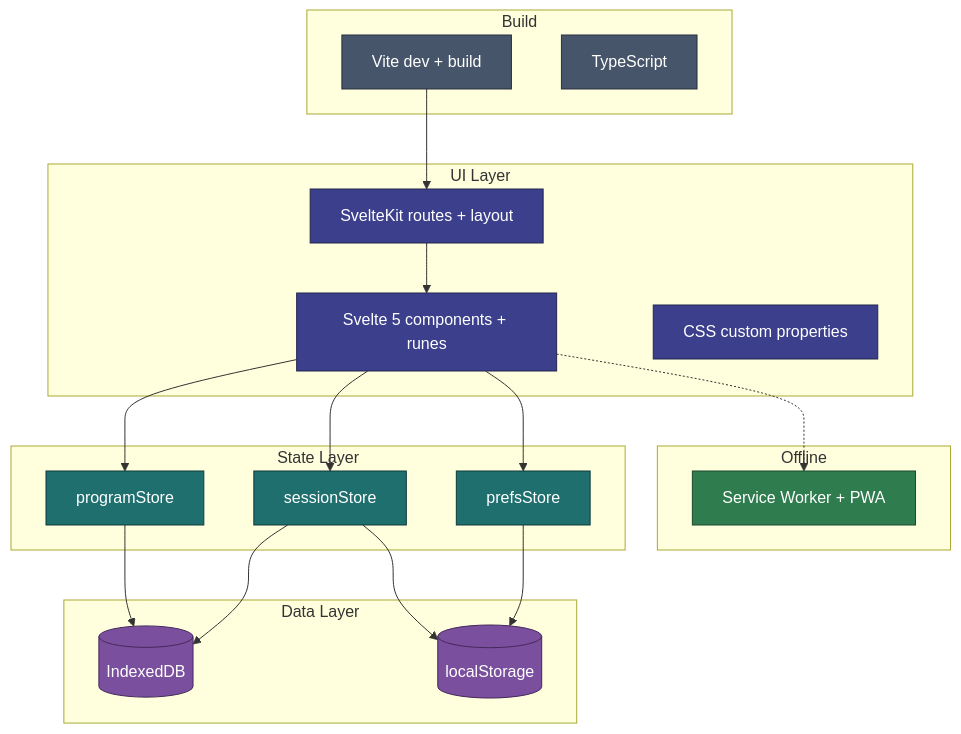
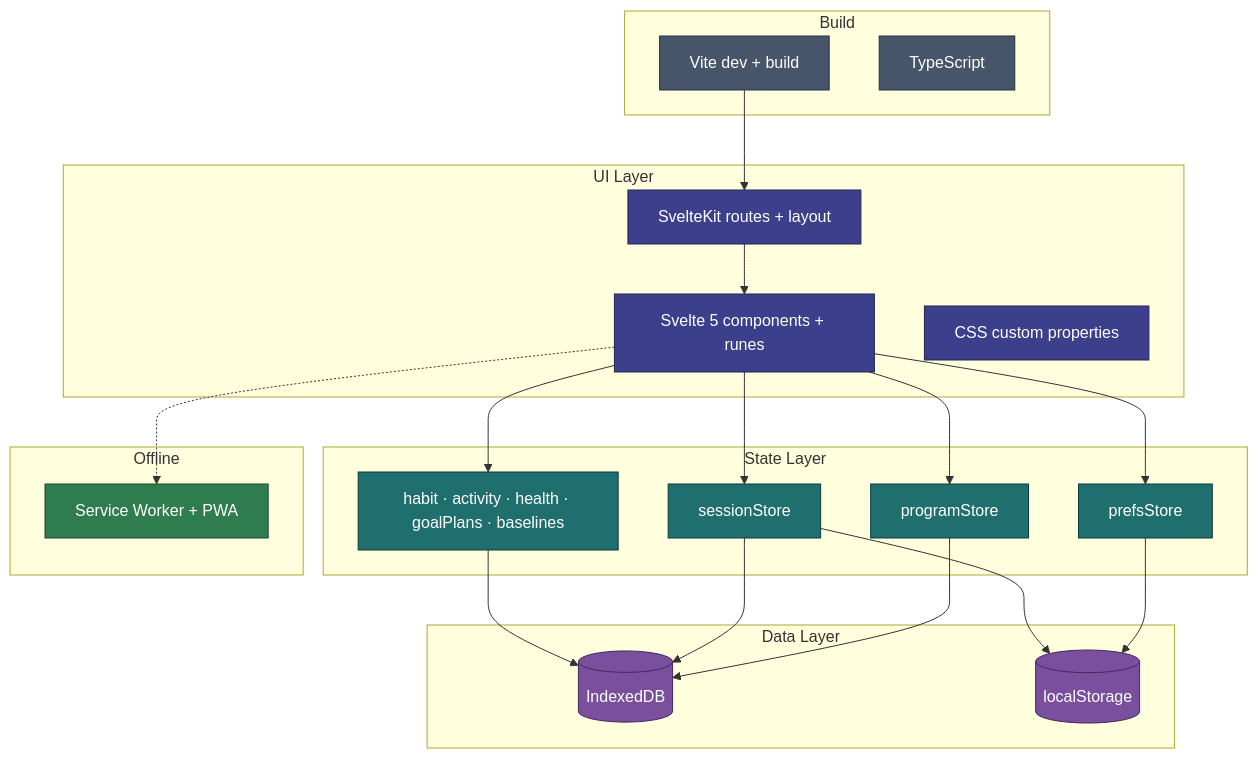
Before and after one commit to jermbo/CosmicWorkOut: the diagram in docs/architecture/tech-stack.md, drawn with Mermaid. The commit also changed other lines of this file and 229 other files, not shown here.

````diff
--- a/docs/architecture/tech-stack.md
+++ b/docs/architecture/tech-stack.md
@@ -5,46 +7,47 @@
 ```mermaid
 flowchart TB
     subgraph ui ["UI Layer"]
         SK[SvelteKit routes + layout]
         SV[Svelte 5 components + runes]
         CSS[CSS custom properties]
     end
 
     subgraph state ["State Layer"]
         PS[programStore]
         SS[sessionStore]
         PR[prefsStore]
+        HS[habit · activity · health · goalPlans · baselines]
     end
 
     subgraph data ["Data Layer"]
         IDB[("IndexedDB")]
         LS[("localStorage")]
     end
 
     subgraph build ["Build"]
         Vite[Vite dev + build]
         TS[TypeScript]
     end
 
     subgraph offline ["Offline"]
         SW[Service Worker + PWA]
     end
 
-    SK --> SV --> PS & SS & PR
-    PS & SS --> IDB
+    SK --> SV --> PS & SS & PR & HS
+    PS & SS & HS --> IDB
     PR --> LS
     SS --> LS
     Vite --> SK
     SV -.-> SW
 
     classDef ui fill:#3b3f8c,stroke:#23264f,color:#ffffff;
     classDef state fill:#1f6f6f,stroke:#0f3a3a,color:#ffffff;
     classDef data fill:#7a4f9e,stroke:#46295c,color:#ffffff;
     classDef build fill:#465569,stroke:#28313e,color:#ffffff;
     classDef offline fill:#2f7d4f,stroke:#1a472d,color:#ffffff;
     class SK,SV,CSS ui;
-    class PS,SS,PR state;
+    class PS,SS,PR,HS state;
     class IDB,LS data;
     class Vite,TS build;
     class SW offline;
 ```
````
